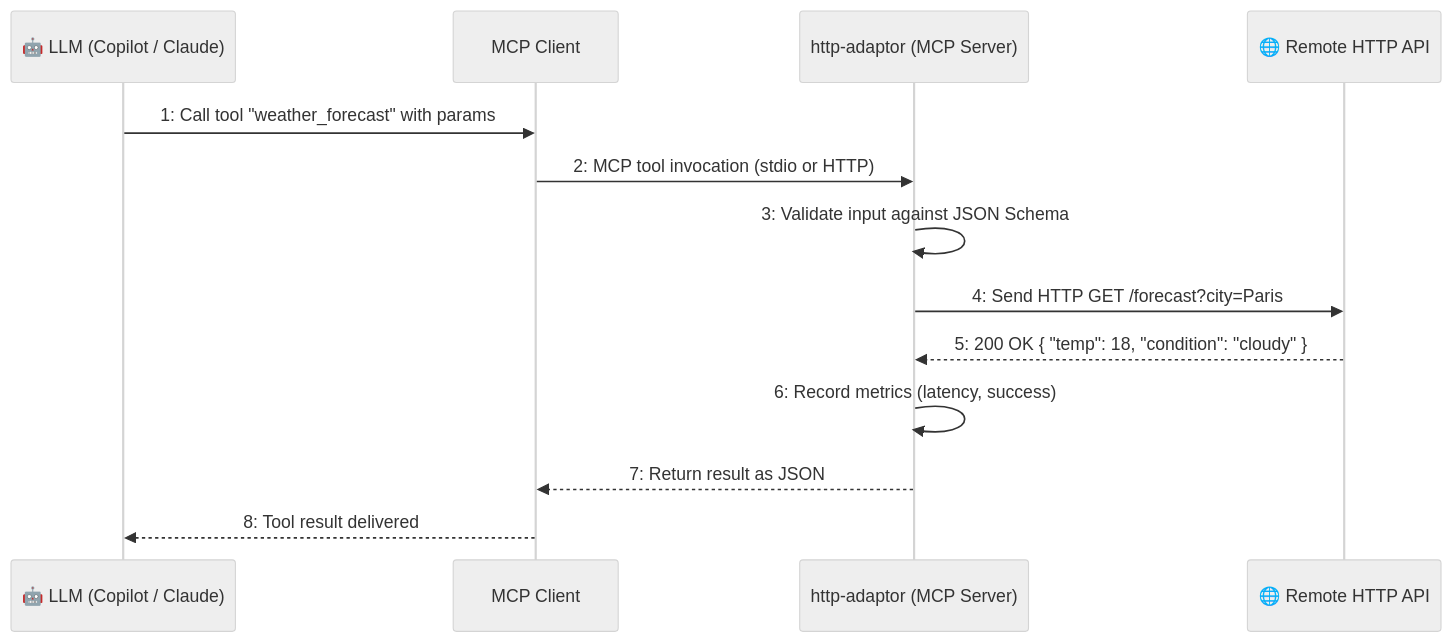
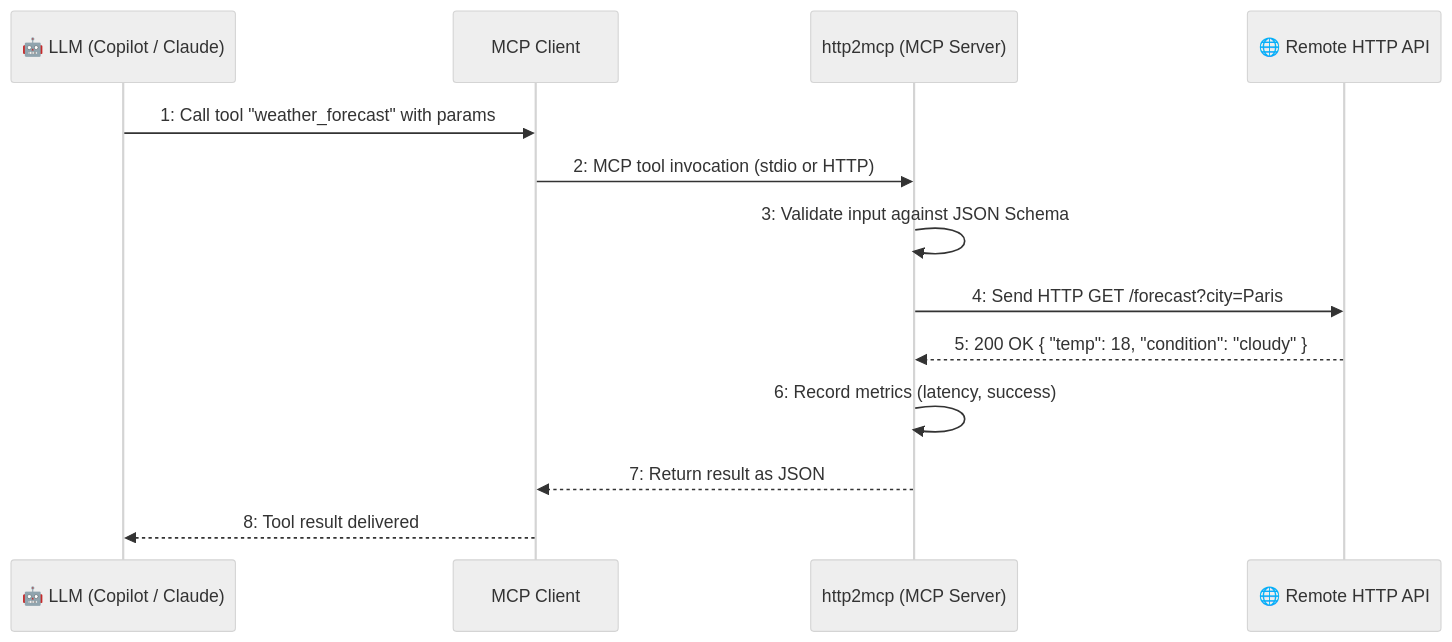
The diagram in docs/guide.md (xbhel/mcp-lab), drawn with Mermaid (neutral theme) before and after one commit. The commit also changed other lines of this file and 31 other files, not shown here.

First line of the commit message:
refactor(http2mcp)#4282026: rename package, fix tests and lint, align docs

````diff
--- a/docs/guide.md
+++ b/docs/guide.md
@@ -139,16 +152,16 @@
 ```mermaid
 sequenceDiagram
     participant LLM as 🤖 LLM (Copilot / Claude)
     participant MCP as MCP Client
-    participant GW as http-adaptor (MCP Server)
+    participant H2M as http2mcp (MCP Server)
     participant API as 🌐 Remote HTTP API
 
     LLM->>MCP: 1: Call tool "weather_forecast" with params
-    MCP->>GW: 2: MCP tool invocation (stdio or HTTP)
-    GW->>GW: 3: Validate input against JSON Schema
-    GW->>API: 4: Send HTTP GET /forecast?city=Paris
-    API-->>GW: 5: 200 OK { "temp": 18, "condition": "cloudy" }
-    GW->>GW: 6: Record metrics (latency, success)
-    GW-->>MCP: 7: Return result as JSON
+    MCP->>H2M: 2: MCP tool invocation (stdio or HTTP)
+    H2M->>H2M: 3: Validate input against JSON Schema
+    H2M->>API: 4: Send HTTP GET /forecast?city=Paris
+    API-->>H2M: 5: 200 OK { "temp": 18, "condition": "cloudy" }
+    H2M->>H2M: 6: Record metrics (latency, success)
+    H2M-->>MCP: 7: Return result as JSON
     MCP-->>LLM: 8: Tool result delivered
 ```
````
